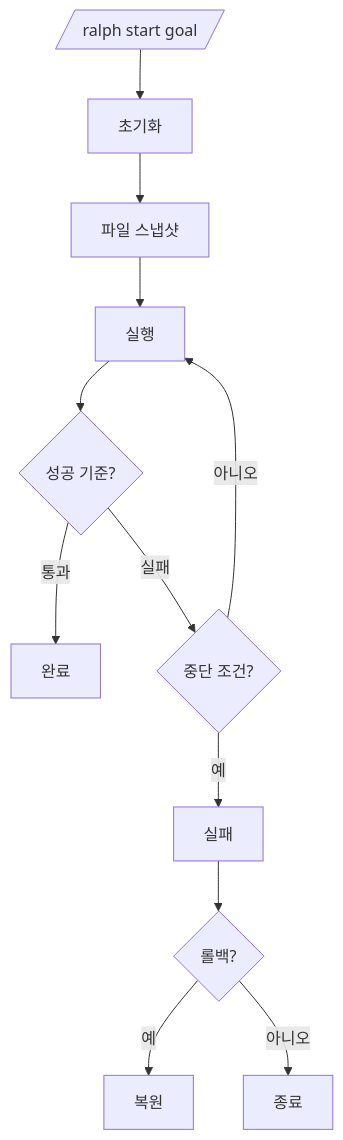
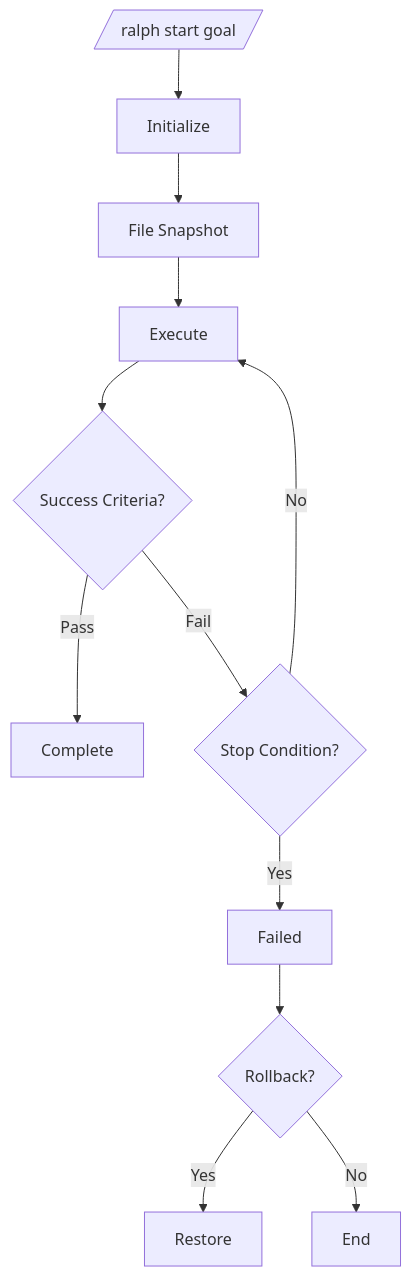
One commit to yeochul-jeon/ralph-mem changed the fifth of 10 diagrams in docs/ARCHITECTURE.md. Above: the diagram before and after it, drawn with Mermaid. The commit also changed other lines of this file and 26 other files, not shown here.

````diff
--- a/docs/ARCHITECTURE.md
+++ b/docs/ARCHITECTURE.md
@@ -228,14 +230,14 @@
 ```mermaid
 flowchart TB
-    Start[/ralph start goal/] --> Init[초기화]
-    Init --> Snapshot[파일 스냅샷]
-    Snapshot --> Execute[실행]
-    Execute --> Check{성공 기준?}
-    Check -->|통과| Success[완료]
-    Check -->|실패| Stop{중단 조건?}
-    Stop -->|예| Fail[실패]
-    Stop -->|아니오| Execute
-    Fail --> Rollback{롤백?}
-    Rollback -->|예| Restore[복원]
-    Rollback -->|아니오| End[종료]
+    Start[/ralph start goal/] --> Init[Initialize]
+    Init --> Snapshot[File Snapshot]
+    Snapshot --> Execute[Execute]
+    Execute --> Check{Success Criteria?}
+    Check -->|Pass| Success[Complete]
+    Check -->|Fail| Stop{Stop Condition?}
+    Stop -->|Yes| Fail[Failed]
+    Stop -->|No| Execute
+    Fail --> Rollback{Rollback?}
+    Rollback -->|Yes| Restore[Restore]
+    Rollback -->|No| End[End]
 ```
````
